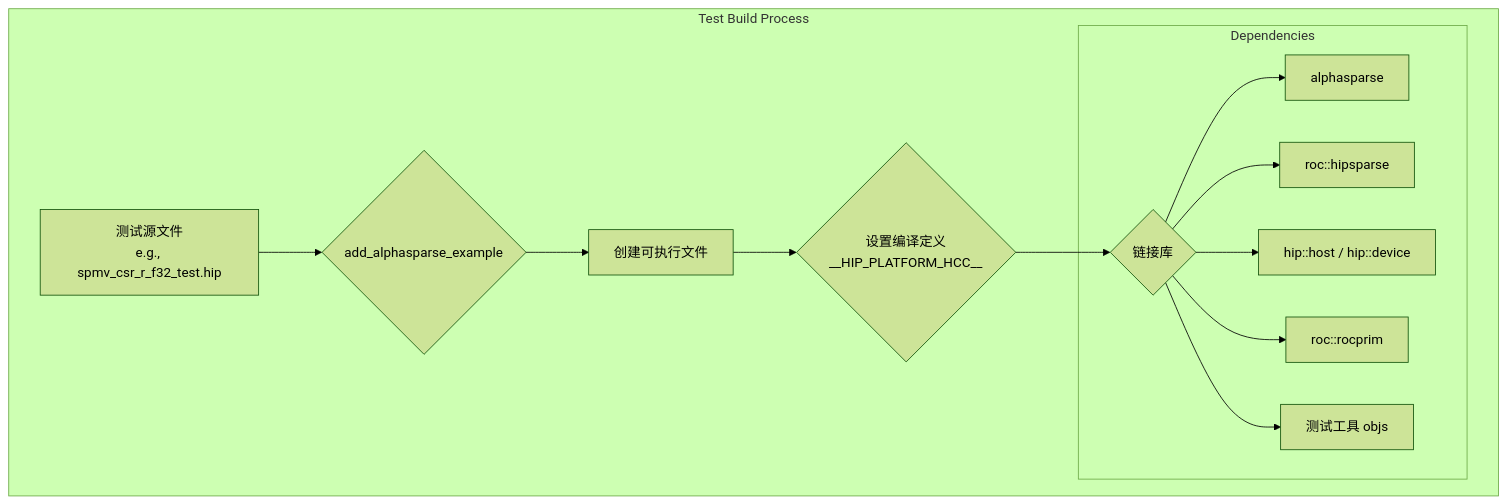
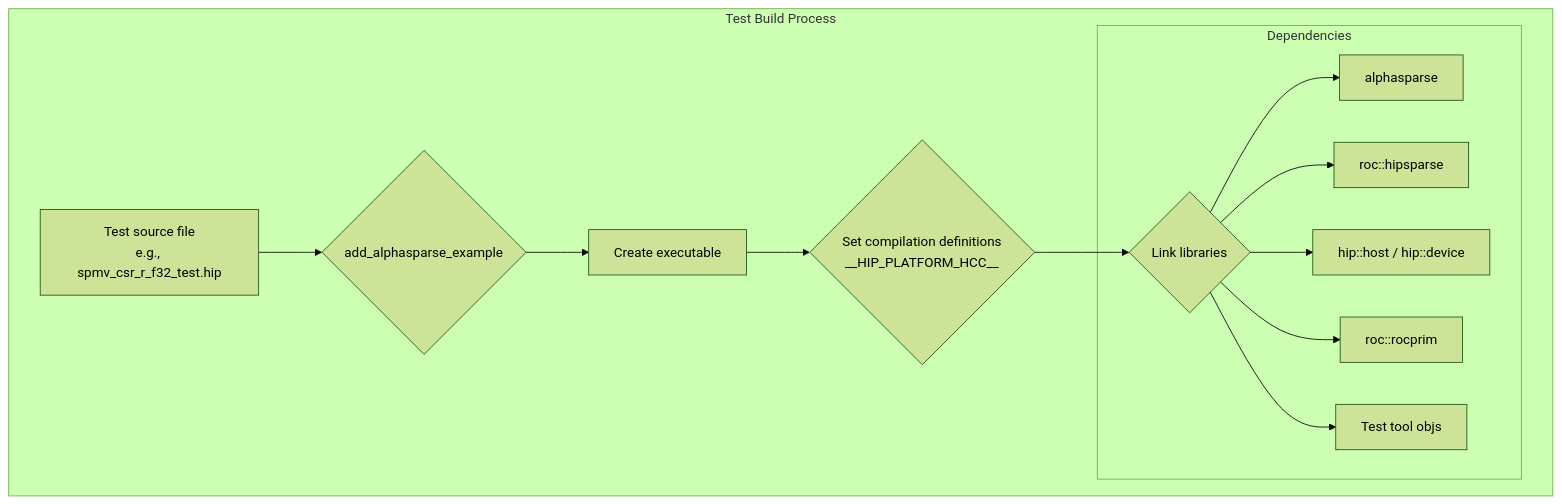
One commit to QiWu-NCIC/QiWu-KernelPerf changed diagram 14 of 21 in KernelPerf/submissions/spmv/alphasparse/upstream/AlphasparseWiki .md. Above: the diagram before and after it, drawn with Mermaid (forest theme). The commit also changed other lines of this file and 310 other files, not shown here.

````diff
--- a/KernelPerf/submissions/spmv/alphasparse/upstream/AlphasparseWiki .md
+++ b/KernelPerf/submissions/spmv/alphasparse/upstream/AlphasparseWiki .md
@@ -1306,16 +1305,16 @@
 ```mermaid
 graph TD
     subgraph Test Build Process
-        A[测试源文件<br/>e.g., spmv_csr_r_f32_test.hip] --> B{add_alphasparse_example};
-        B --> C[创建可执行文件];
-        C --> D{设置编译定义<br/>__HIP_PLATFORM_HCC__};
-        D --> E{链接库};
+        A[Test source file<br/>e.g., spmv_csr_r_f32_test.hip] --> B{add_alphasparse_example};
+        B --> C[Create executable];
+        C --> D{Set compilation definitions<br/>__HIP_PLATFORM_HCC__};
+        D --> E{Link libraries};
         subgraph Dependencies
             E --> L1[alphasparse];
             E --> L2[roc::hipsparse];
             E --> L3[hip::host / hip::device];
             E --> L4[roc::rocprim];
-            E --> L5[测试工具 objs];
+            E --> L5[Test tool objs];
         end
     end
 ```
````
